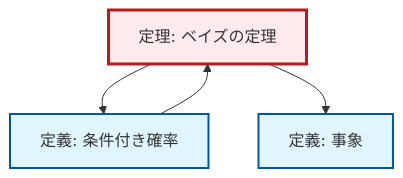
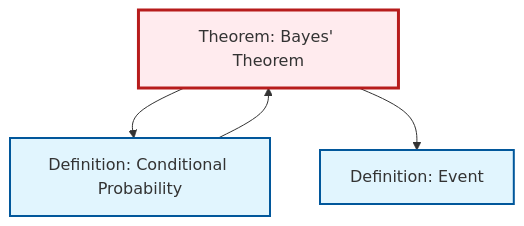
One commit to RK0429/ModernMath changed the diagram in content/ja/probability-statistics/thm-bayes.qmd. Above: the diagram before and after it, drawn with Mermaid. The commit also changed 203 other files, not shown here.

````diff
--- a/content/ja/probability-statistics/thm-bayes.qmd
+++ b/content/ja/probability-statistics/thm-bayes.qmd
@@ -89,19 +89,16 @@
 ```{mermaid}
-%%| fig-cap: "局所依存関係グラフ"
+%%| fig-cap: "Local dependency graph"
 graph TD
     classDef definition fill:#e1f5fe,stroke:#01579b,stroke-width:2px
     classDef theorem fill:#f3e5f5,stroke:#4a148c,stroke-width:2px
     classDef axiom fill:#fff3e0,stroke:#e65100,stroke-width:2px
     classDef example fill:#e8f5e9,stroke:#1b5e20,stroke-width:2px
     classDef current fill:#ffebee,stroke:#b71c1c,stroke-width:3px
-    def-event["定義: 事象"]:::definition
-    thm-bayes["定理: ベイズの定理"]:::theorem
-    def-conditional-probability["定義: 条件付き確率"]:::definition
+    def-event["Definition: Event"]:::definition
+    thm-bayes["Theorem: Bayes' Theorem"]:::theorem
+    def-conditional-probability["Definition: Conditional Probability"]:::definition
     def-conditional-probability --> thm-bayes
     thm-bayes --> def-conditional-probability
     thm-bayes --> def-event
     class thm-bayes current
-
-    click def-event "def-event.html" "Go to 定義: 事象"
-    click def-conditional-probability "def-conditional-probability.html" "Go to 定義: 条件付き確率"
 ```
````
